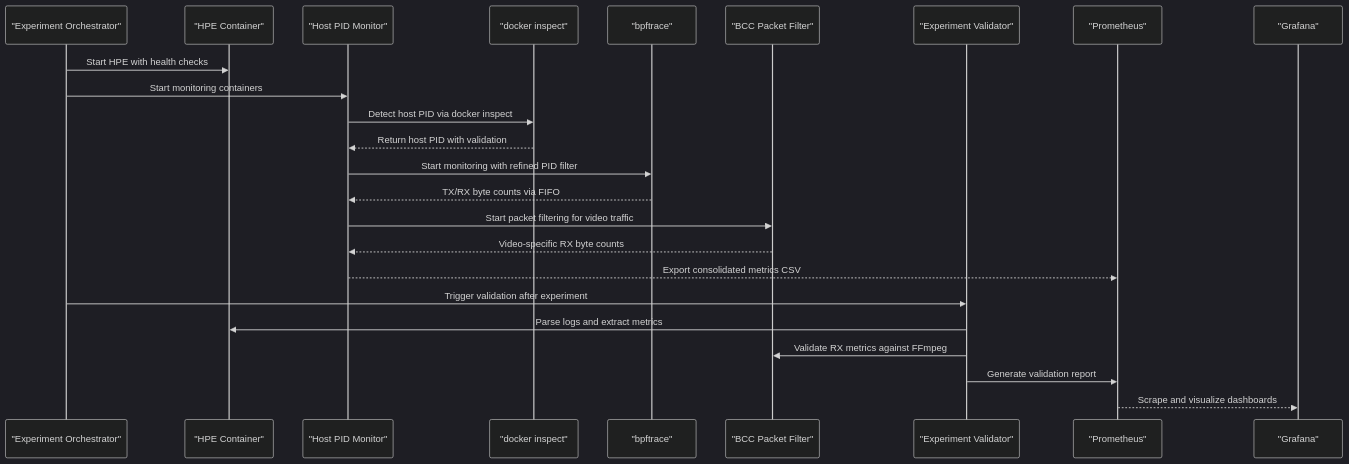
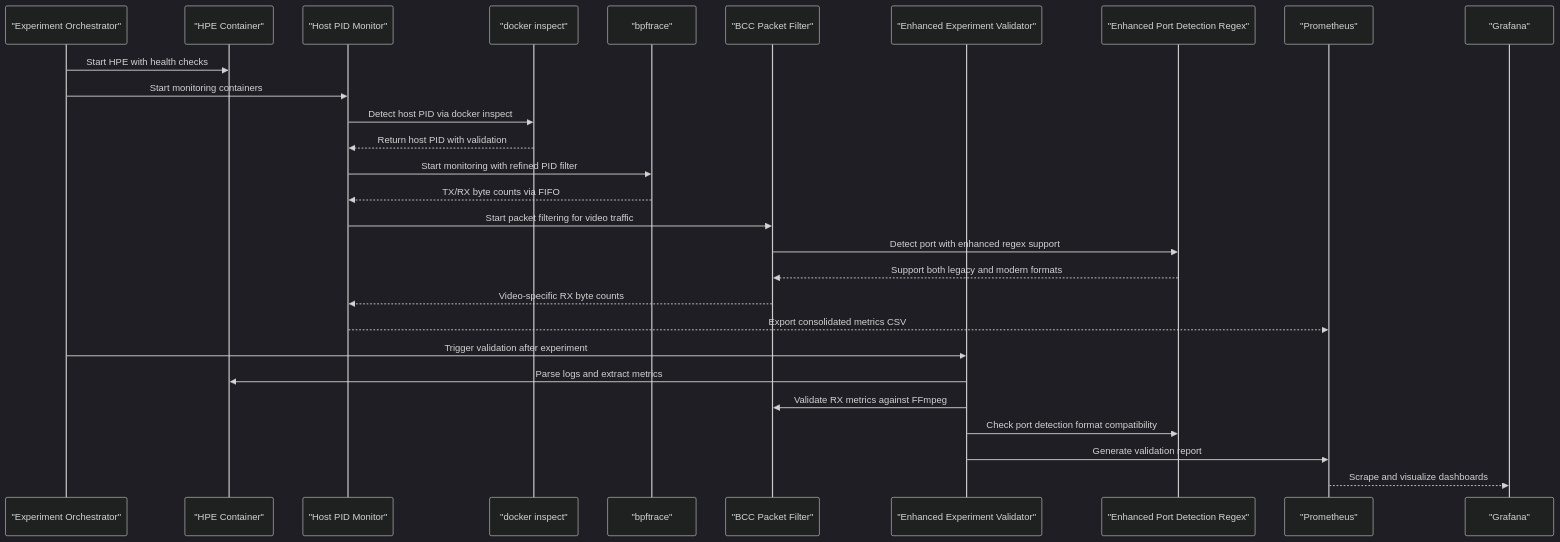
The second of 15 diagrams in .qoder/repowiki/en/content/Monitoring and Analytics/Performance Monitoring.md (Fogus-Gr/MeasurementsDTs), drawn with Mermaid (dark theme) before and after one commit. The commit also changed other lines of this file and 7 other files, not shown here.

````diff
--- a/.qoder/repowiki/en/content/Monitoring and Analytics/Performance Monitoring.md
+++ b/.qoder/repowiki/en/content/Monitoring and Analytics/Performance Monitoring.md
@@ -171,26 +176,30 @@
 ```mermaid
 sequenceDiagram
 participant EndToEnd as "Experiment Orchestrator"
 participant HPE as "HPE Container"
 participant HostMon as "Host PID Monitor"
 participant DockerIns as "docker inspect"
 participant BPFTrace as "bpftrace"
 participant BCC as "BCC Packet Filter"
-participant Validator as "Experiment Validator"
+participant Validator as "Enhanced Experiment Validator"
+participant PortRegex as "Enhanced Port Detection Regex"
 participant Prom as "Prometheus"
 participant Graf as "Grafana"
 EndToEnd->>HPE : Start HPE with health checks
 EndToEnd->>HostMon : Start monitoring containers
 HostMon->>DockerIns : Detect host PID via docker inspect
 DockerIns-->>HostMon : Return host PID with validation
 HostMon->>BPFTrace : Start monitoring with refined PID filter
 BPFTrace-->>HostMon : TX/RX byte counts via FIFO
 HostMon->>BCC : Start packet filtering for video traffic
+BCC->>PortRegex : Detect port with enhanced regex support
+PortRegex-->>BCC : Support both legacy and modern formats
 BCC-->>HostMon : Video-specific RX byte counts
 HostMon-->>Prom : Export consolidated metrics CSV
 EndToEnd->>Validator : Trigger validation after experiment
 Validator->>HPE : Parse logs and extract metrics
 Validator->>BCC : Validate RX metrics against FFmpeg
+Validator->>PortRegex : Check port detection format compatibility
 Validator->>Prom : Generate validation report
 Prom-->>Graf : Scrape and visualize dashboards
 ```
````
